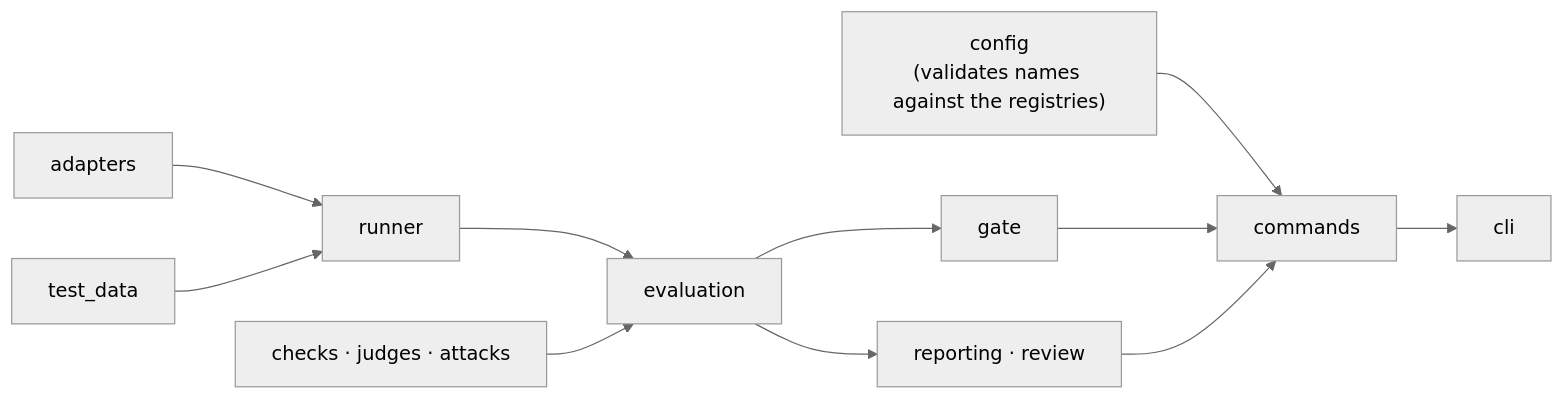
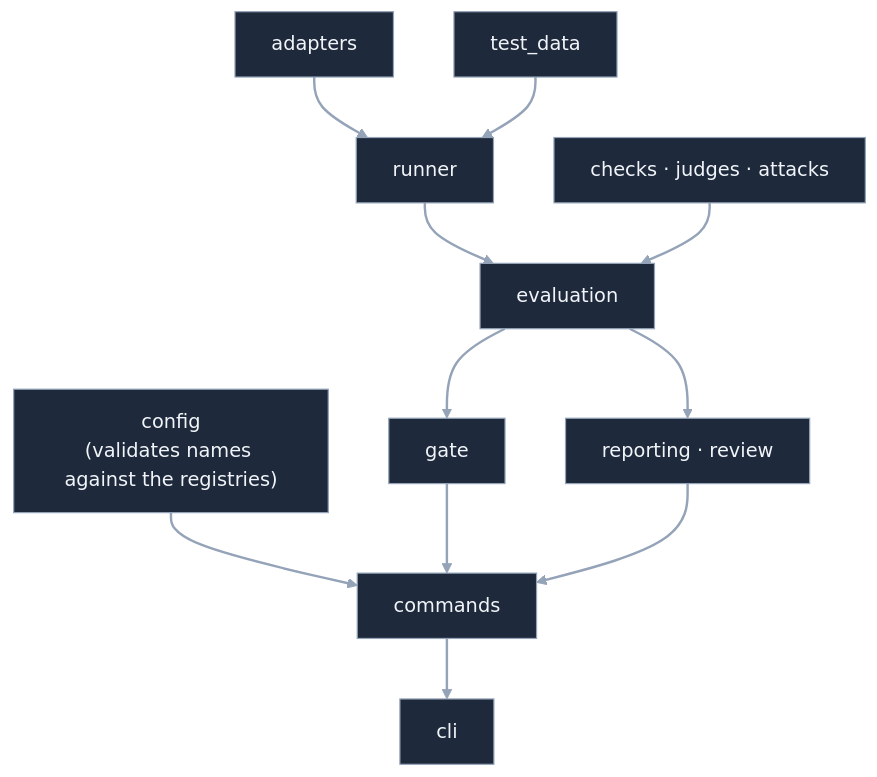
One commit to rahulsharma-qe/ai-quality-lab changed the first of 3 diagrams in docs/lld.md. Above: the diagram before and after it, drawn with Mermaid (neutral theme). The commit also changed other lines of this file, not shown here.

First line of the commit message:
LLD: readable diagrams in GitHub's dark theme

````diff
--- a/docs/lld.md
+++ b/docs/lld.md
@@ -35,13 +35,16 @@
 ```mermaid
-flowchart LR
+flowchart TB
   CF["config<br/>(validates names against the registries)"] --> CM["commands"]
   AD["adapters"] --> RU["runner"]
   TD["test_data"] --> RU
   RU --> EV["evaluation"]
   CK["checks · judges · attacks"] --> EV
   EV --> GT["gate"]
   EV --> RP["reporting · review"]
   GT --> CM
   RP --> CM
   CM --> CLI["cli"]
+  classDef box fill:#1e293b,stroke:#94a3b8,color:#f1f5f9
+  class CF,CM,AD,RU,TD,EV,CK,GT,RP,CLI box
+  linkStyle default stroke:#94a3b8,stroke-width:2px
 ```
````
